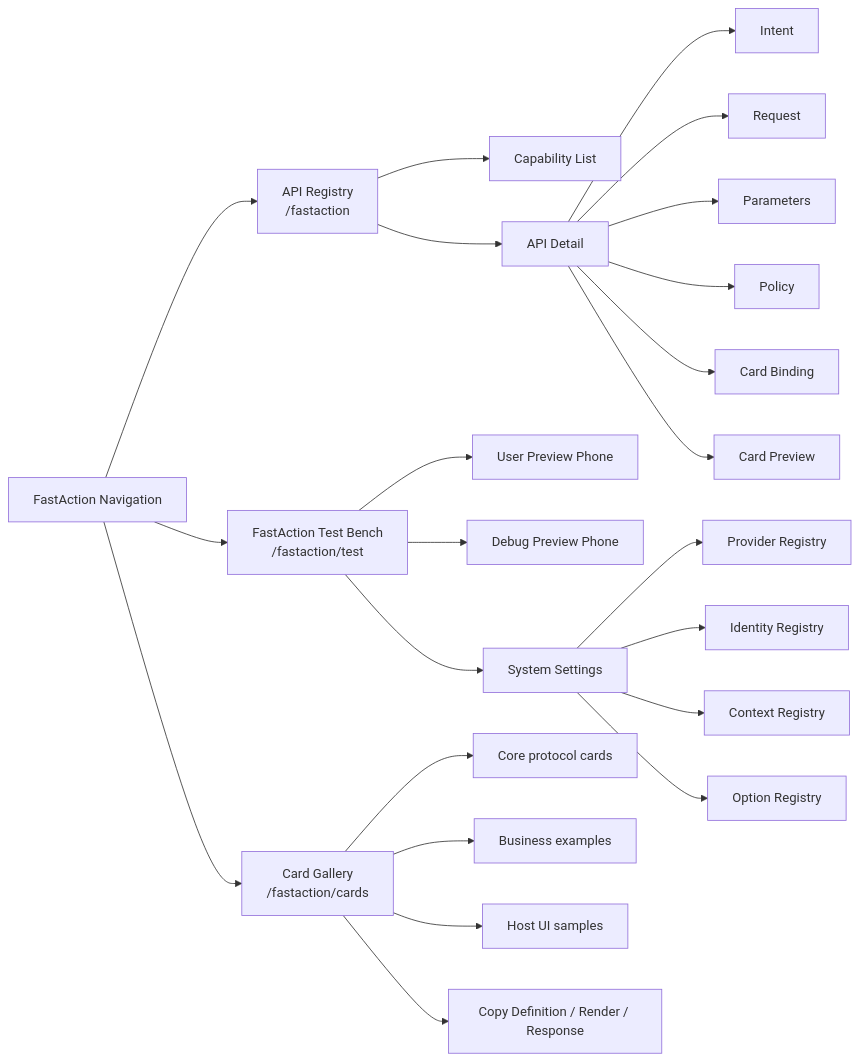
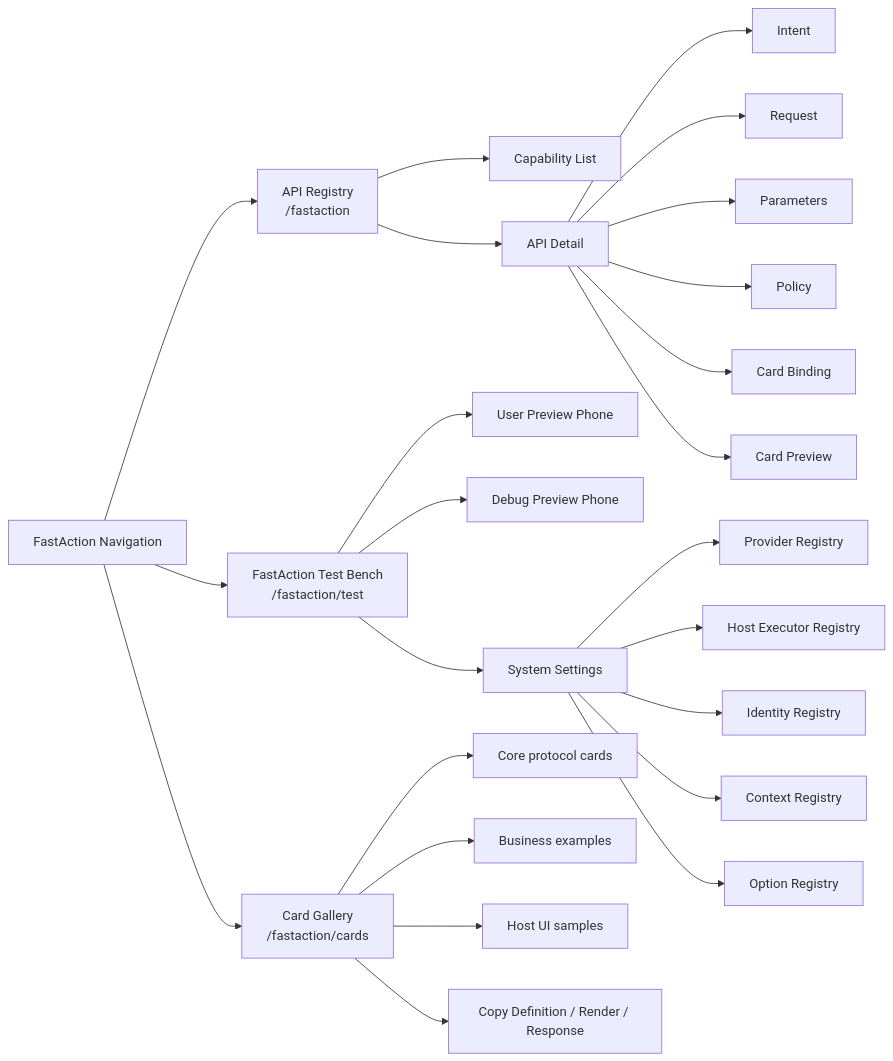
The diagram in docs/WORKBENCH.md (NullinZ/fastaction-ai), drawn with Mermaid before and after one commit. The commit also changed other lines of this file and 21 other files, not shown here.

````diff
--- a/docs/WORKBENCH.md
+++ b/docs/WORKBENCH.md
@@ -75,25 +75,26 @@
 ```mermaid
 flowchart LR
   Nav["FastAction Navigation"] --> Registry["API Registry<br/>/fastaction"]
   Nav --> TestBench["FastAction Test Bench<br/>/fastaction/test"]
   Nav --> CardGallery["Card Gallery<br/>/fastaction/cards"]
   Registry --> List["Capability List"]
   Registry --> Detail["API Detail"]
   Detail --> Intent["Intent"]
   Detail --> Request["Request"]
   Detail --> Params["Parameters"]
   Detail --> Policy["Policy"]
   Detail --> Binding["Card Binding"]
   Detail --> Preview["Card Preview"]
   TestBench --> UserPhone["User Preview Phone"]
   TestBench --> DebugPhone["Debug Preview Phone"]
   TestBench --> Settings["System Settings"]
   Settings --> Provider["Provider Registry"]
+  Settings --> HostExecutors["Host Executor Registry"]
   Settings --> Identity["Identity Registry"]
   Settings --> Context["Context Registry"]
   Settings --> Options["Option Registry"]
   CardGallery --> CoreCards["Core protocol cards"]
   CardGallery --> ExampleCards["Business examples"]
   CardGallery --> HostCards["Host UI samples"]
   CardGallery --> CopySnippets["Copy Definition / Render / Response"]
 ```
````
